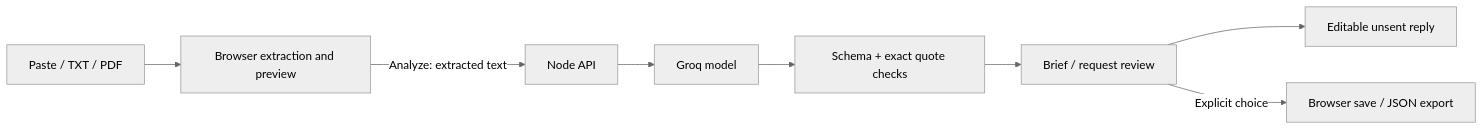
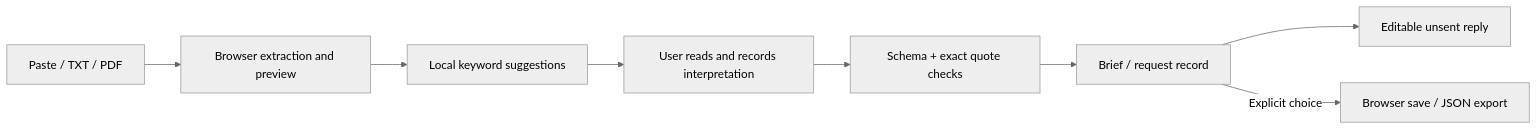
The diagram in README.md (Sukhmeet31/ScopeLedger), drawn with Mermaid (neutral theme) before and after one commit. The commit also changed other lines of this file and 8 other files, not shown here.

````diff
--- a/README.md
+++ b/README.md
@@ -45,10 +45,10 @@
 ```mermaid
 flowchart LR
   A[Paste / TXT / PDF] --> B[Browser extraction and preview]
-  B -->|Analyze: extracted text| C[Node API]
-  C --> D[Groq model]
+  B --> C[Local keyword suggestions]
+  C --> D[User reads and records interpretation]
   D --> E[Schema + exact quote checks]
-  E --> F[Brief / request review]
+  E --> F[Brief / request record]
   F --> G[Editable unsent reply]
   F -->|Explicit choice| H[Browser save / JSON export]
 ```
````
